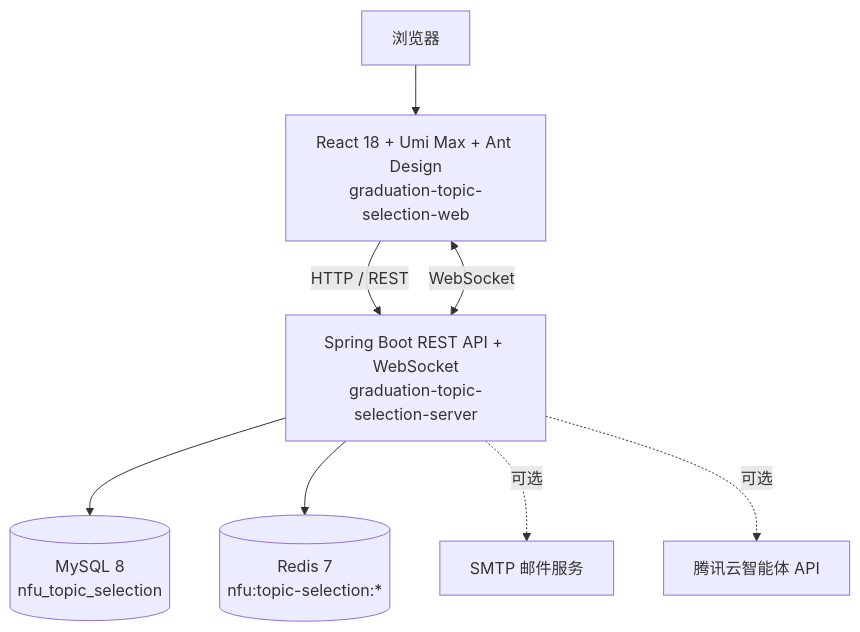
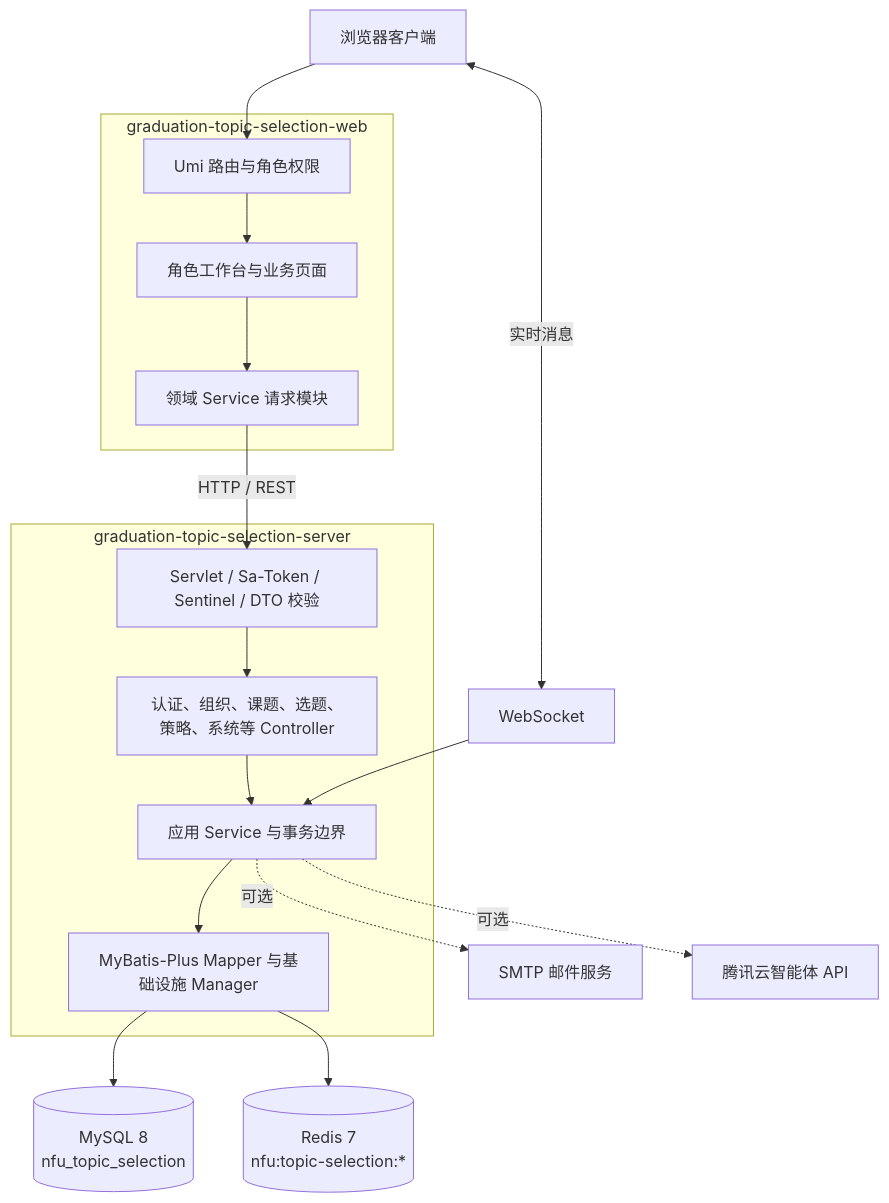
Before and after one commit to wobushi041/NCG-Graduation-Topic-Selection-System: the diagram in README.md, drawn with Mermaid. The commit also changed other lines of this file, not shown here.

````diff
--- a/README.md
+++ b/README.md
@@ -109,18 +92,34 @@
 ```mermaid
 flowchart TB
-    U[浏览器]
-    F[React 18 + Umi Max + Ant Design<br/>graduation-topic-selection-web]
-    B[Spring Boot REST API + WebSocket<br/>graduation-topic-selection-server]
-    M[(MySQL 8<br/>nfu_topic_selection)]
-    R[(Redis 7<br/>nfu:topic-selection:*)]
-    S[SMTP 邮件服务]
+    U[浏览器客户端]
+
+    subgraph WEB[graduation-topic-selection-web]
+        ACCESS[Umi 路由与角色权限]
+        PAGES[角色工作台与业务页面]
+        CLIENT[领域 Service 请求模块]
+        ACCESS --> PAGES --> CLIENT
+    end
+
+    subgraph SERVER[graduation-topic-selection-server]
+        SECURITY[Servlet / Sa-Token / Sentinel / DTO 校验]
+        API[认证、组织、课题、选题、策略、系统等 Controller]
+        SERVICE[应用 Service 与事务边界]
+        DATA[MyBatis-Plus Mapper 与基础设施 Manager]
+        SECURITY --> API --> SERVICE --> DATA
+    end
+
+    MYSQL[(MySQL 8<br/>nfu_topic_selection)]
+    REDIS[(Redis 7<br/>nfu:topic-selection:*)]
+    WS[WebSocket]
+    MAIL[SMTP 邮件服务]
     AI[腾讯云智能体 API]
 
-    U --> F
-    F -->|HTTP / REST| B
-    F <-->|WebSocket| B
-    B --> M
-    B --> R
-    B -. 可选 .-> S
-    B -. 可选 .-> AI
+    U --> ACCESS
+    CLIENT -->|HTTP / REST| SECURITY
+    U <-->|实时消息| WS
+    WS --> SERVICE
+    DATA --> MYSQL
+    DATA --> REDIS
+    SERVICE -. 可选 .-> MAIL
+    SERVICE -. 可选 .-> AI
 ```
````
